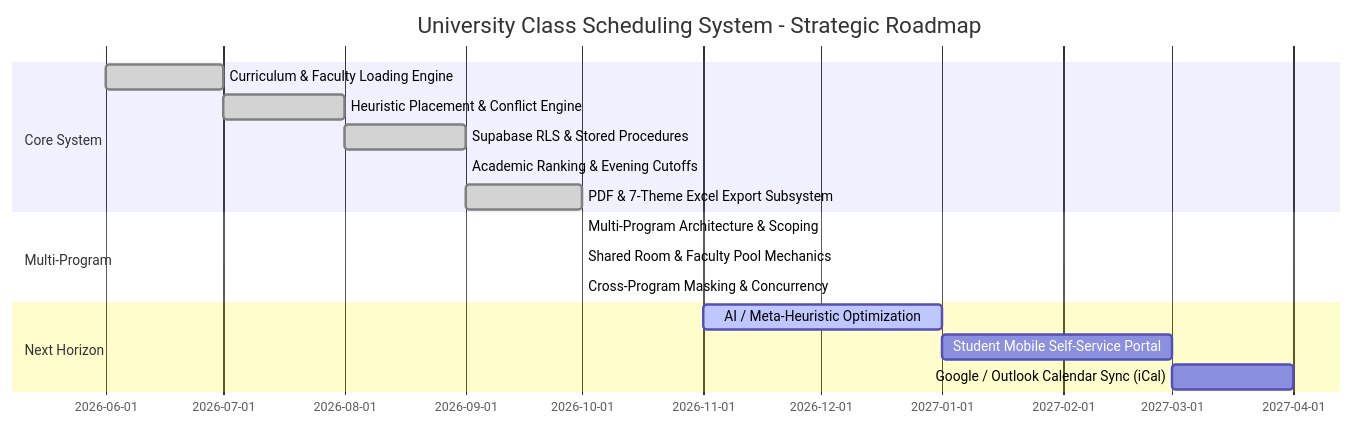
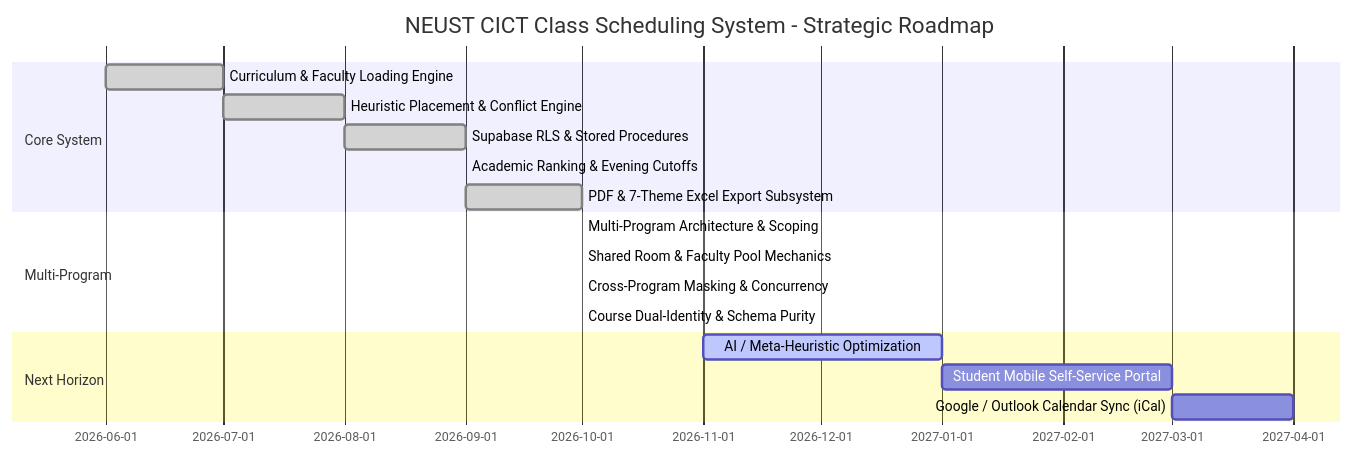
One commit to YANAMI03/ClassScheduling changed the fifth of 5 diagrams in PRD.md. Above: the diagram before and after it, drawn with Mermaid. The commit also changed other lines of this file and 39 other files, not shown here.

````diff
--- a/PRD.md
+++ b/PRD.md
@@ -668,21 +761,22 @@
 ```mermaid
 gantt
-    title University Class Scheduling System - Strategic Roadmap
+    title NEUST CICT Class Scheduling System - Strategic Roadmap
     dateFormat  YYYY-MM
     section Core System
     Curriculum & Faculty Loading Engine  :done, m1, 2026-06, 2026-07
     Heuristic Placement & Conflict Engine :done, m2, 2026-07, 2026-08
     Supabase RLS & Stored Procedures     :done, m3, 2026-08, 2026-09
     Academic Ranking & Evening Cutoffs   :done, m4, 2026-09, 2026-09
     PDF & 7-Theme Excel Export Subsystem :done, m5, 2026-09, 2026-10
 
     section Multi-Program
     Multi-Program Architecture & Scoping :done, m6, 2026-10, 2026-10
     Shared Room & Faculty Pool Mechanics :done, m7, 2026-10, 2026-10
     Cross-Program Masking & Concurrency  :done, m8, 2026-10, 2026-10
+    Course Dual-Identity & Schema Purity :done, m9, 2026-10, 2026-10
 
     section Next Horizon
-    AI / Meta-Heuristic Optimization    :active, m9, 2026-11, 2027-01
-    Student Mobile Self-Service Portal   :m10, 2027-01, 2027-03
-    Google / Outlook Calendar Sync (iCal):m11, 2027-03, 2027-04
+    AI / Meta-Heuristic Optimization    :active, m10, 2026-11, 2027-01
+    Student Mobile Self-Service Portal   :m11, 2027-01, 2027-03
+    Google / Outlook Calendar Sync (iCal):m12, 2027-03, 2027-04
 ```
````
